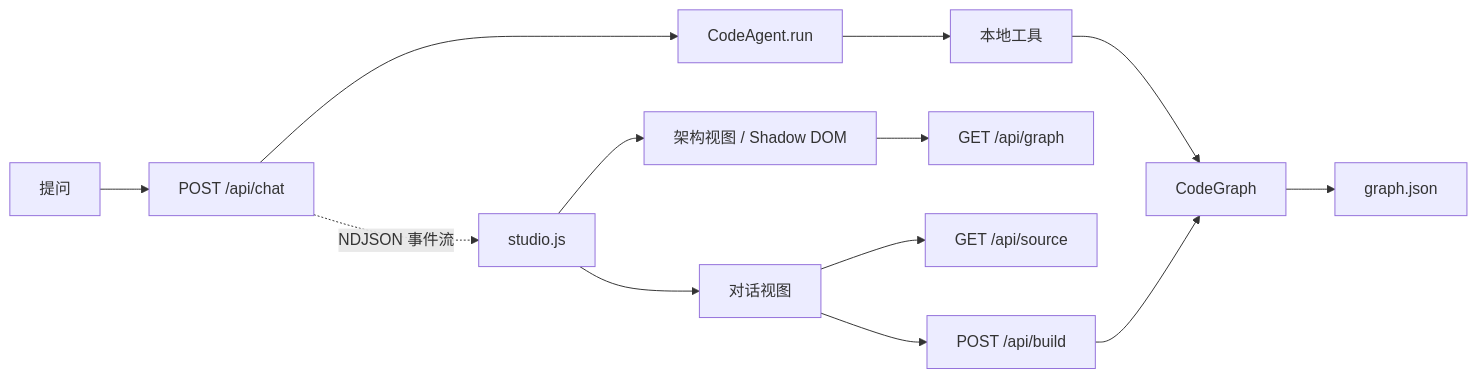
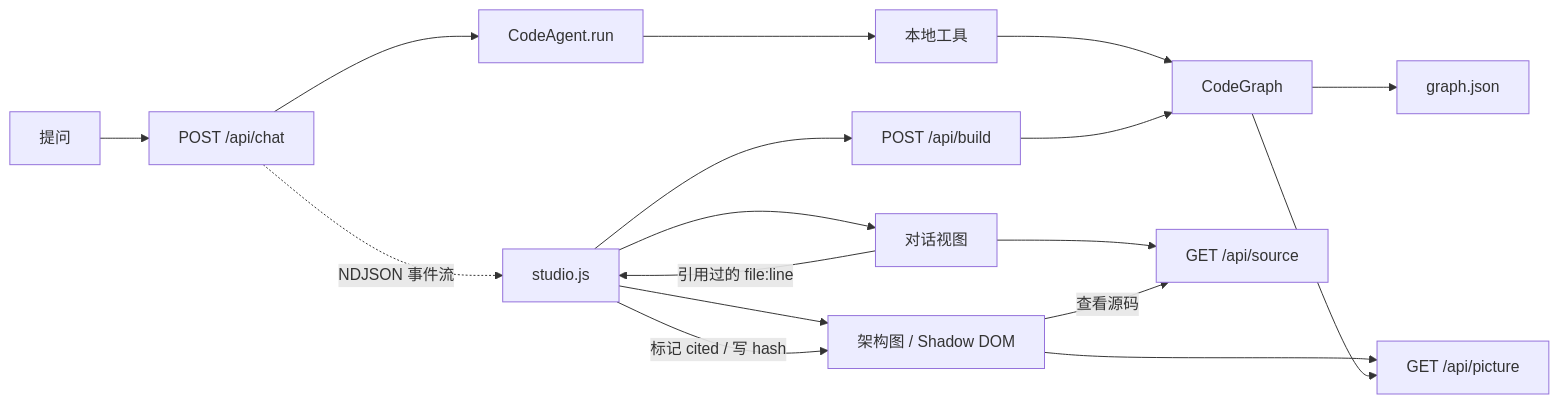
The diagram in DESIGN.md (Wang-auspicious/SE-H1), drawn with Mermaid before and after one commit. The commit also changed other lines of this file and 16 other files, not shown here.

````diff
--- a/DESIGN.md
+++ b/DESIGN.md
@@ -11,15 +11,19 @@
 ```mermaid
 flowchart LR
   U[提问] --> C[POST /api/chat]
   C --> A[CodeAgent.run]
   A --> T[本地工具]
   T --> G[CodeGraph]
   G --> J[graph.json]
   C -. NDJSON 事件流 .-> S[studio.js]
   S --> P[对话视图]
-  S --> V[架构视图 / Shadow DOM]
-  V --> Q[GET /api/graph]
+  S --> V[架构图 / Shadow DOM]
+  P -- 引用过的 file:line --> S
+  S -- 标记 cited / 写 hash --> V
+  V --> Q[GET /api/picture]
   P --> X[GET /api/source]
-  P --> B[POST /api/build]
+  V -- 查看源码 --> X
+  S --> B[POST /api/build]
   B --> G
+  G --> Q
 ```
````
